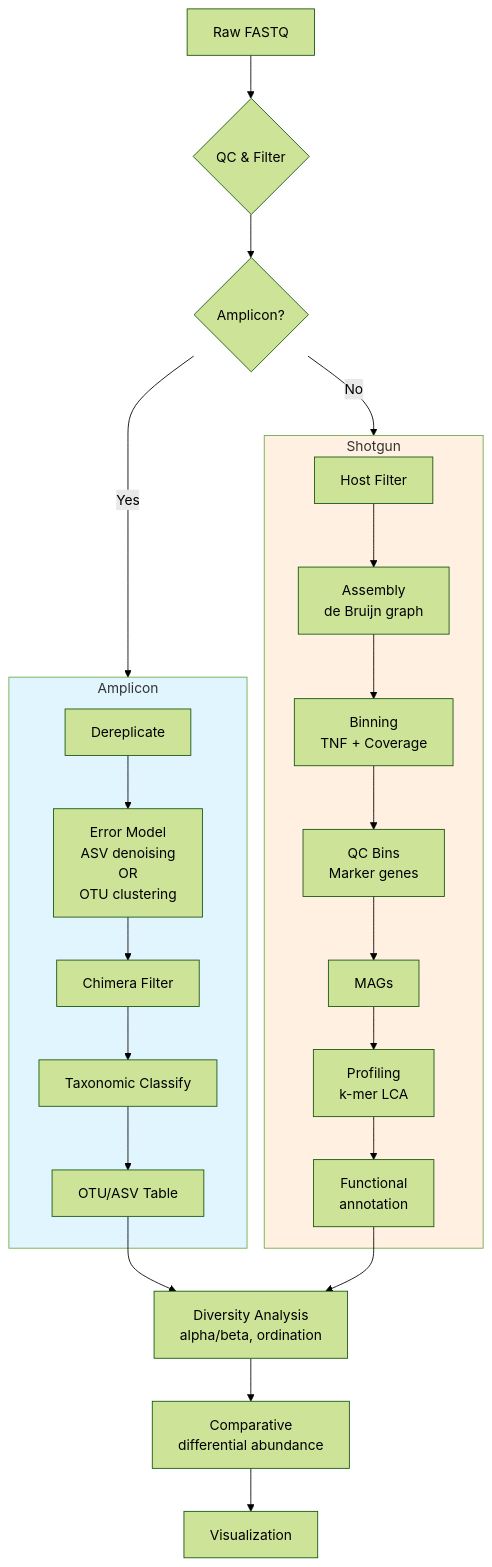
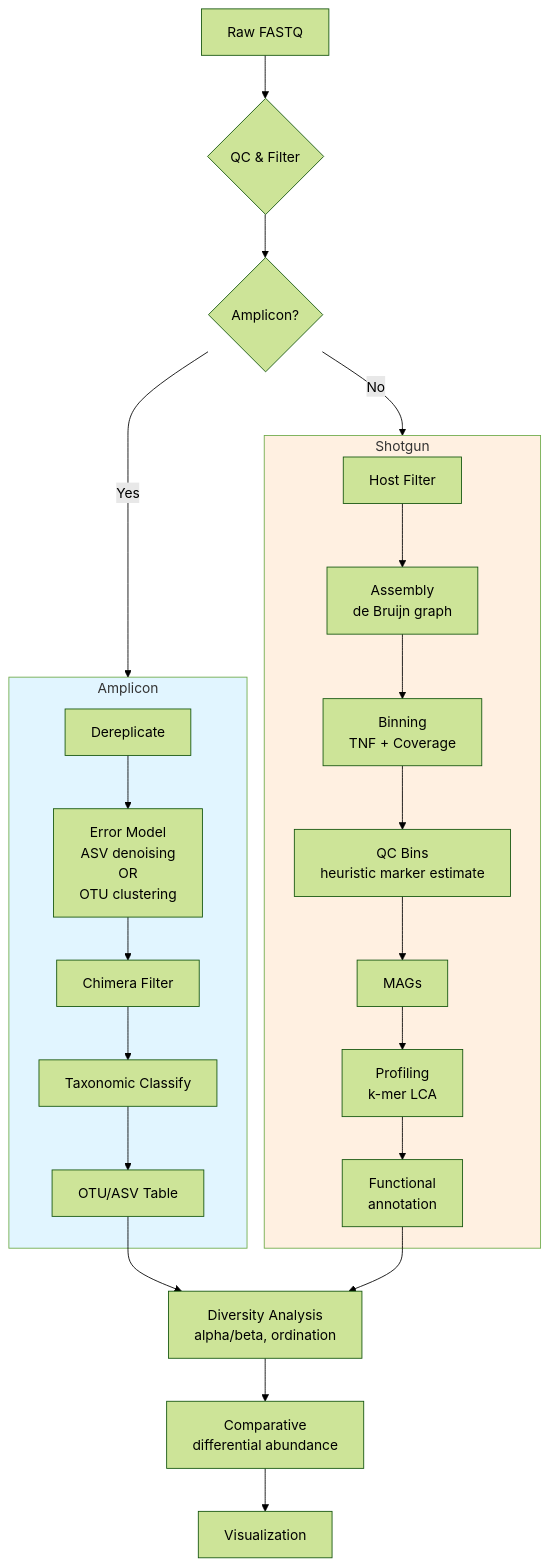
Before and after one commit to docxology/MetaInformAnt: the diagram in docs/metagenomics/ARCHITECTURE.md, drawn with Mermaid (forest theme). The commit also changed other lines of this file and 532 other files, not shown here.

````diff
--- a/docs/metagenomics/ARCHITECTURE.md
+++ b/docs/metagenomics/ARCHITECTURE.md
@@ -315,31 +334,31 @@
 ```mermaid
 flowchart TD
     A[Raw FASTQ] --> B{QC & Filter}
     B --> C{Amplicon?}
     C -->|Yes| D[Amplicon Pipeline]
     C -->|No| E[Shotgun Pipeline]
 
     subgraph D [Amplicon]
         D1[Dereplicate] --> D2[Error Model\nASV denoising<br/>OR<br/>OTU clustering]
         D2 --> D3[Chimera Filter]
         D3 --> D4[Taxonomic Classify]
         D4 --> D5[OTU/ASV Table]
     end
 
     subgraph E [Shotgun]
         E1[Host Filter] --> E2[Assembly<br/>de Bruijn graph]
         E2 --> E3[Binning<br/>TNF + Coverage]
-        E3 --> E4[QC Bins<br/>Marker genes]
+        E3 --> E4[QC Bins<br/>heuristic marker estimate]
         E4 --> E5[MAGs]
         E5 --> E6[Profiling<br/>k-mer LCA]
         E6 --> E7[Functional<br/>annotation]
     end
 
     D5 --> F[Diversity Analysis<br/>alpha/beta, ordination]
     E7 --> F
     F --> G[Comparative<br/>differential abundance]
     G --> H[Visualization]
 
     style D fill:#e1f5ff
     style E fill:#fff0e1
 ```
````
